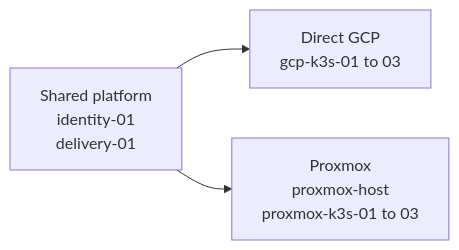
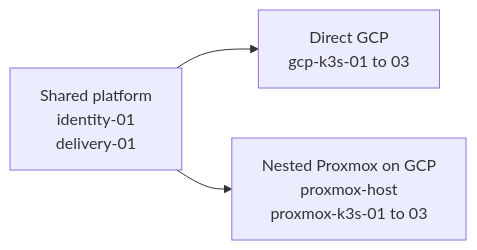
Before and after one commit to max-vie/shell: the diagram in man/docs/architecture/platform-nodes.md, drawn with Mermaid. The commit also changed other lines of this file and 5 other files, not shown here.

Commit message:
docs: record nested Proxmox placement

````diff
--- a/man/docs/architecture/platform-nodes.md
+++ b/man/docs/architecture/platform-nodes.md
@@ -9,9 +9,9 @@
 ```mermaid
 flowchart LR
     SHARED["Shared platform<br/>identity-01<br/>delivery-01"]
     GCP["Direct GCP<br/>gcp-k3s-01 to 03"]
-    PROXMOX["Proxmox<br/>proxmox-host<br/>proxmox-k3s-01 to 03"]
+    PROXMOX["Nested Proxmox on GCP<br/>proxmox-host<br/>proxmox-k3s-01 to 03"]
 
     SHARED --> GCP
     SHARED --> PROXMOX
 ```
````
